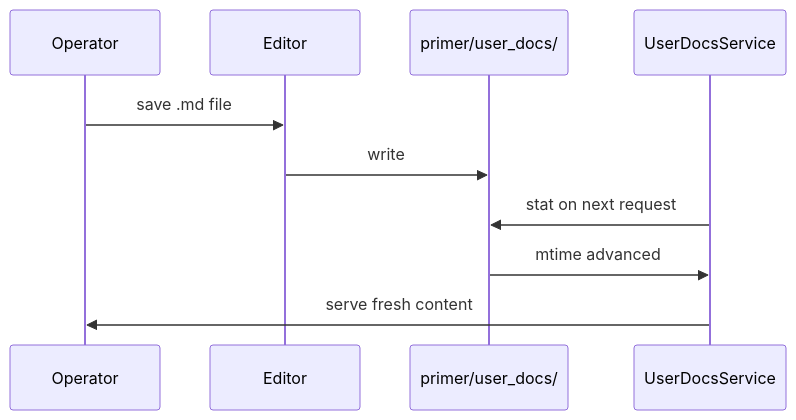
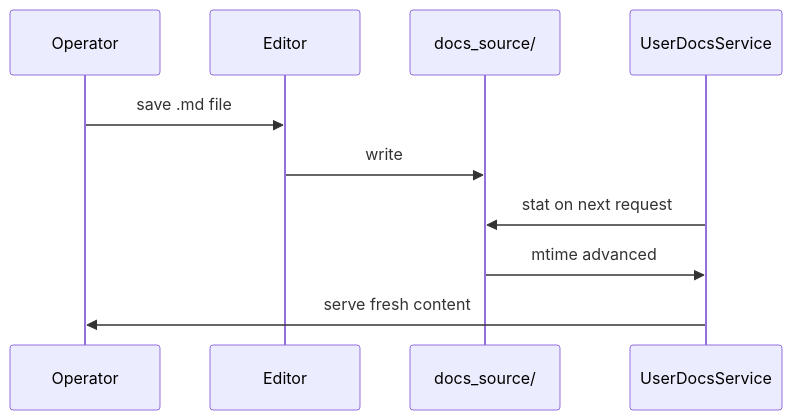
The second of 2 diagrams in docs_source/_meta/authoring-guide.md (primerhq/primerhq.github.io), drawn with Mermaid before and after one commit. The commit also changed other lines of this file and 25 other files, not shown here.

````diff
--- a/docs_source/_meta/authoring-guide.md
+++ b/docs_source/_meta/authoring-guide.md
@@ -84,12 +103,12 @@
 ```mermaid
 sequenceDiagram
   participant Op as Operator
   participant Ed as Editor
-  participant Fs as primer/user_docs/
+  participant Fs as docs_source/
   participant Svc as UserDocsService
   Op->>Ed: save .md file
   Ed->>Fs: write
   Svc->>Fs: stat on next request
   Fs->>Svc: mtime advanced
   Svc->>Op: serve fresh content
 ```
````
